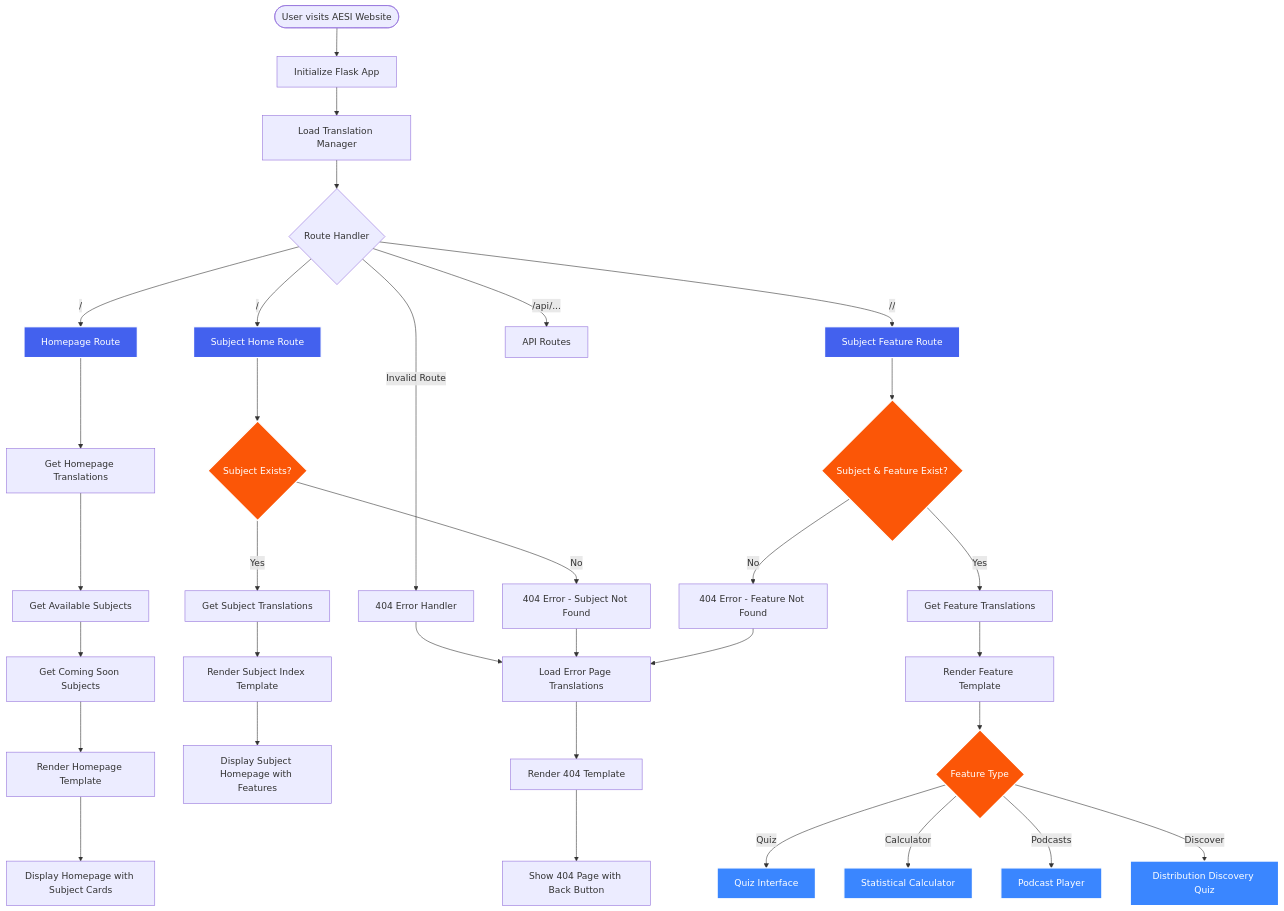
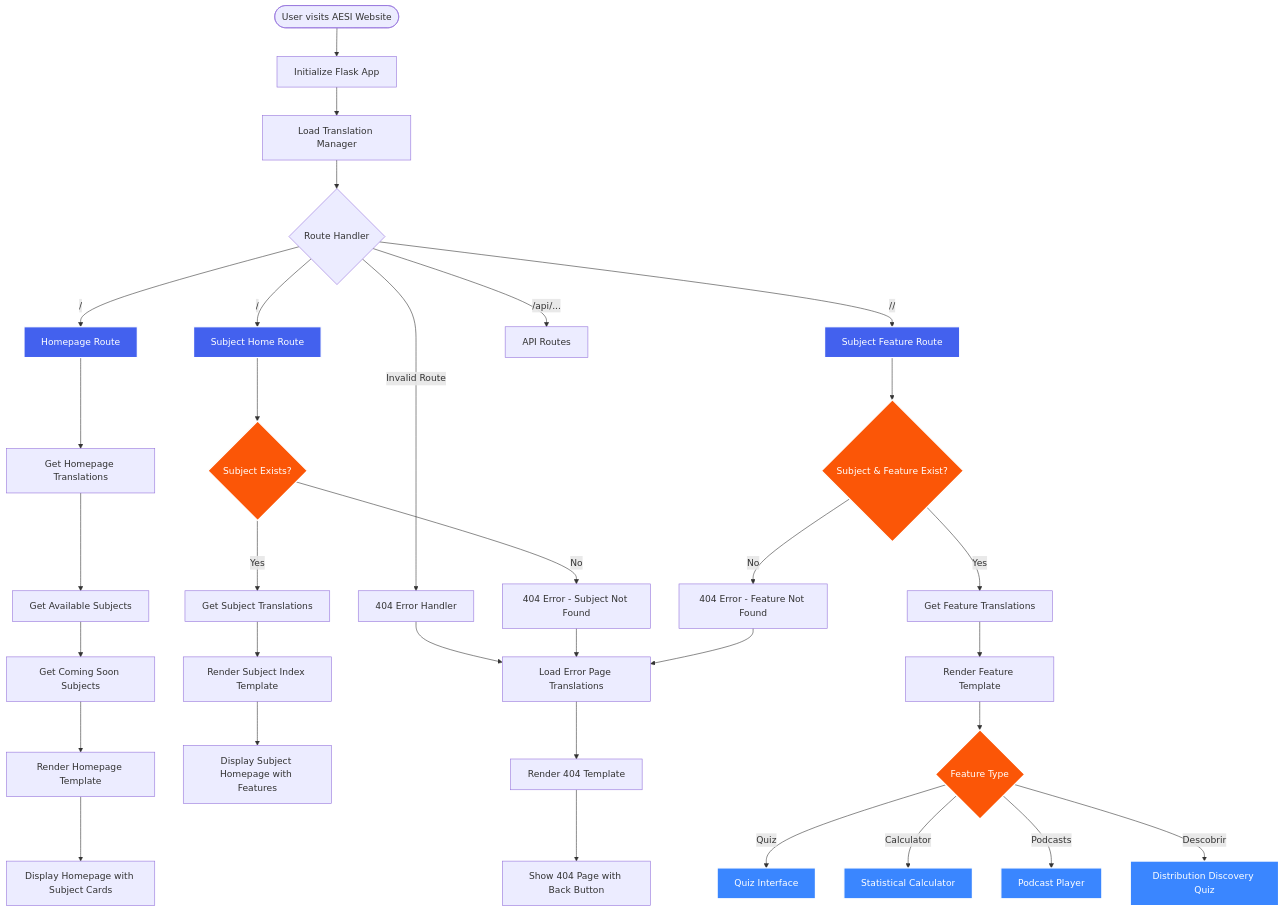
Before and after one commit to Beelzebub2/aesi-website: the diagram in flowcharts/01-main-routing-system.md, drawn with Mermaid. The commit also changed 8 other files, not shown here.

Commit message:
feat: Enhance documentation and flowcharts for quiz and navigation systems; improve translations for clarity and consistency

````diff
--- a/flowcharts/01-main-routing-system.md
+++ b/flowcharts/01-main-routing-system.md
@@ -3,57 +3,57 @@
 ```mermaid
 flowchart TD
     %% Entry Points
     START([User visits AESI Website]) --> INIT[Initialize Flask App]
     INIT --> LOAD_TRANS[Load Translation Manager]
     LOAD_TRANS --> ROUTE_HANDLER{Route Handler}
     
     %% Main Routes
     ROUTE_HANDLER -->|"/"| HOME_PAGE[Homepage Route]
     ROUTE_HANDLER -->|"/<subject>"| SUBJECT_HOME[Subject Home Route]
     ROUTE_HANDLER -->|"/<subject>/<feature>"| SUBJECT_FEATURE[Subject Feature Route]
     ROUTE_HANDLER -->|"/api/..."| API_ROUTES[API Routes]
     ROUTE_HANDLER -->|Invalid Route| ERROR_404_MAIN[404 Error Handler]
     
     %% Homepage Flow
     HOME_PAGE --> GET_HOMEPAGE_TRANS[Get Homepage Translations]
     GET_HOMEPAGE_TRANS --> GET_SUBJECTS_LIST[Get Available Subjects]
     GET_SUBJECTS_LIST --> GET_COMING_SOON[Get Coming Soon Subjects]
     GET_COMING_SOON --> RENDER_HOMEPAGE[Render Homepage Template]
     RENDER_HOMEPAGE --> HOMEPAGE_DISPLAY[Display Homepage with Subject Cards]
     
     %% Subject Home Flow
     SUBJECT_HOME --> VALIDATE_SUBJECT{Subject Exists?}
     VALIDATE_SUBJECT -->|No| ERROR_404_SUBJECT[404 Error - Subject Not Found]
     VALIDATE_SUBJECT -->|Yes| GET_SUBJECT_TRANS[Get Subject Translations]
     GET_SUBJECT_TRANS --> RENDER_SUBJECT_HOME[Render Subject Index Template]
     RENDER_SUBJECT_HOME --> SUBJECT_HOME_DISPLAY[Display Subject Homepage with Features]
     
     %% Subject Feature Flow
     SUBJECT_FEATURE --> VALIDATE_SUBJECT_FEAT{Subject & Feature Exist?}
     VALIDATE_SUBJECT_FEAT -->|No| ERROR_404_FEATURE[404 Error - Feature Not Found]
     VALIDATE_SUBJECT_FEAT -->|Yes| GET_FEATURE_TRANS[Get Feature Translations]
     GET_FEATURE_TRANS --> RENDER_FEATURE[Render Feature Template]
     RENDER_FEATURE --> FEATURE_DISPLAY{Feature Type}
     
     %% Feature Types
     FEATURE_DISPLAY -->|Quiz| QUIZ_INTERFACE[Quiz Interface]
     FEATURE_DISPLAY -->|Calculator| CALC_INTERFACE[Statistical Calculator]
     FEATURE_DISPLAY -->|Podcasts| PODCAST_INTERFACE[Podcast Player]
-    FEATURE_DISPLAY -->|Discover| DISCOVER_INTERFACE[Distribution Discovery Quiz]
+    FEATURE_DISPLAY -->|Descobrir| DISCOVER_INTERFACE[Distribution Discovery Quiz]
     
     %% Error Handling
     ERROR_404_MAIN --> LOAD_ERROR_TRANS[Load Error Page Translations]
     ERROR_404_SUBJECT --> LOAD_ERROR_TRANS
     ERROR_404_FEATURE --> LOAD_ERROR_TRANS
     LOAD_ERROR_TRANS --> RENDER_404[Render 404 Template]
     RENDER_404 --> SHOW_404[Show 404 Page with Back Button]
     
     %% Styling
     classDef primaryRoute fill:#4361ee,stroke:#fff,stroke-width:2px,color:#fff
     classDef feature fill:#3a86ff,stroke:#fff,stroke-width:2px,color:#fff
     classDef decision fill:#fb5607,stroke:#fff,stroke-width:2px,color:#fff
     
     class HOME_PAGE,SUBJECT_HOME,SUBJECT_FEATURE primaryRoute
     class QUIZ_INTERFACE,CALC_INTERFACE,PODCAST_INTERFACE,DISCOVER_INTERFACE feature
     class VALIDATE_SUBJECT,FEATURE_DISPLAY,VALIDATE_SUBJECT_FEAT decision
 ```
````
